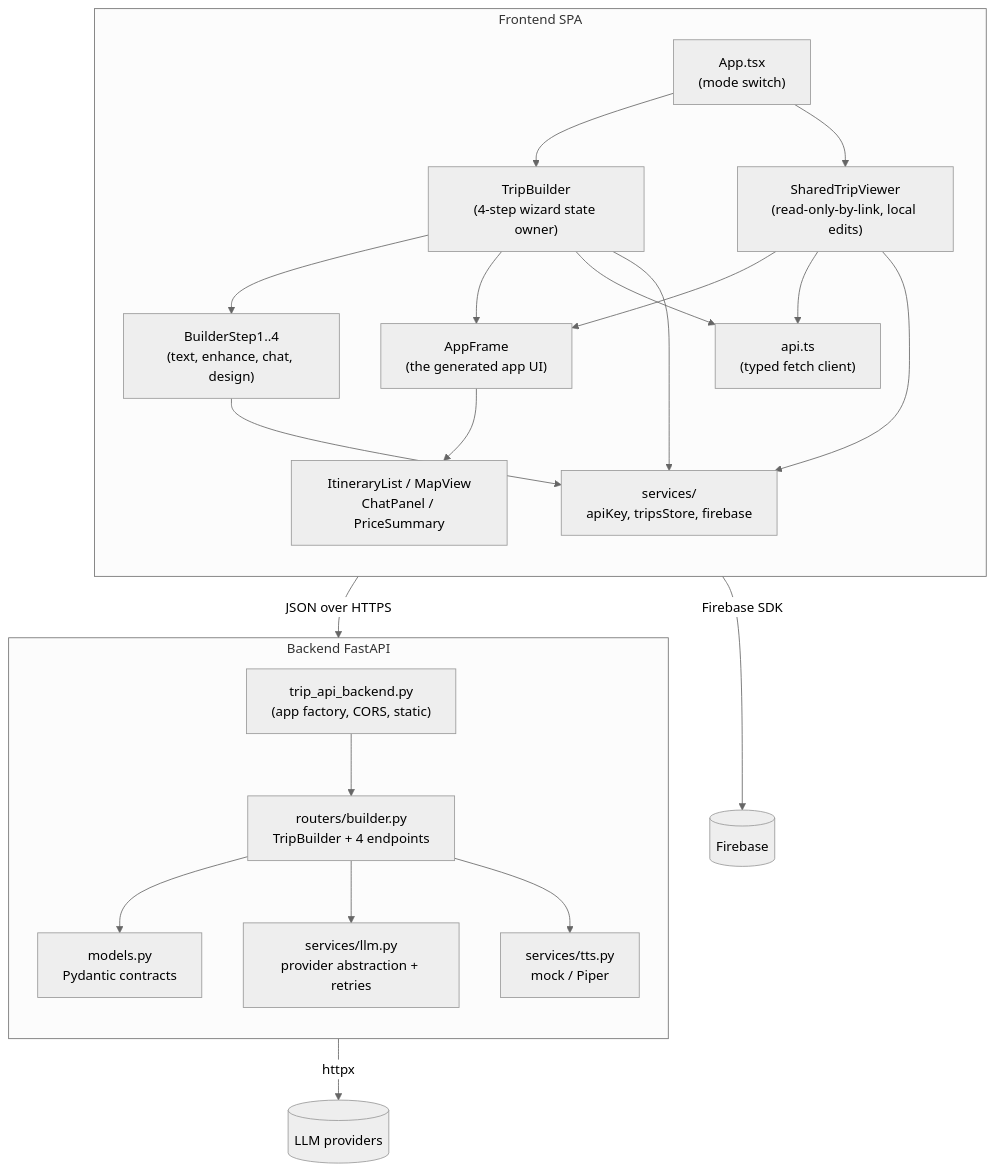
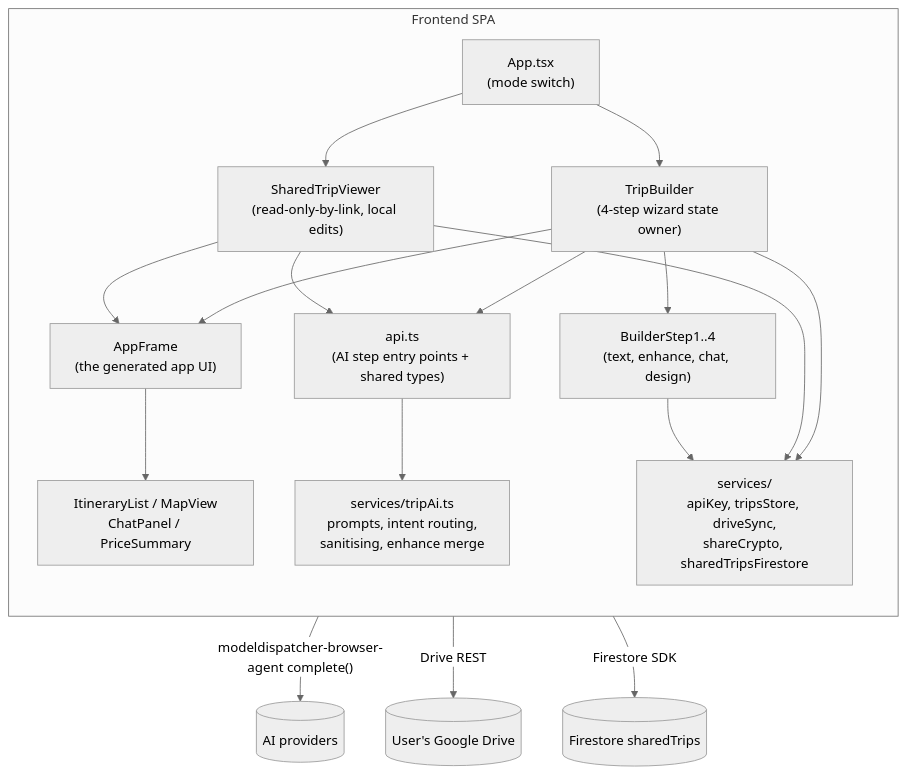
Before and after one commit to joka-7/AppMyTrip: the second of 5 diagrams in docs/HLD.md, drawn with Mermaid (neutral theme). The commit also changed other lines of this file and 170 other files, not shown here.

First line of the commit message:
feat!: keep trips on the device and in the user's Drive, add an Android app (#155)

````diff
--- a/docs/HLD.md
+++ b/docs/HLD.md
@@ -78,39 +75,27 @@
 ```mermaid
 flowchart TB
     subgraph FE [Frontend SPA]
         direction TB
         AppRoot["App.tsx\n(mode switch)"]
         TB["TripBuilder\n(4-step wizard state owner)"]
         STV["SharedTripViewer\n(read-only-by-link, local edits)"]
         Steps["BuilderStep1..4\n(text, enhance, chat, design)"]
         Frame["AppFrame\n(the generated app UI)"]
         subViews["ItineraryList / MapView\nChatPanel / PriceSummary"]
-        ApiClient["api.ts\n(typed fetch client)"]
-        Stores["services/\napiKey, tripsStore, firebase"]
+        ApiClient["api.ts\n(AI step entry points + shared types)"]
+        TripAi["services/tripAi.ts\nprompts, intent routing,\nsanitising, enhance merge"]
+        Stores["services/\napiKey, tripsStore, driveSync,\nshareCrypto, sharedTripsFirestore"]
 
         AppRoot --> TB --> Steps
         AppRoot --> STV
         TB --> Frame
         STV --> Frame
         Frame --> subViews
-        TB & STV --> ApiClient
+        TB & STV --> ApiClient --> TripAi
         TB & STV & Steps --> Stores
     end
 
-    subgraph BE [Backend FastAPI]
-        direction TB
-        Appf["trip_api_backend.py\n(app factory, CORS, static)"]
-        Router["routers/builder.py\nTripBuilder + 4 endpoints"]
-        Models["models.py\nPydantic contracts"]
-        LLMSvc["services/llm.py\nprovider abstraction + retries"]
-        TTSSvc["services/tts.py\nmock / Piper"]
-
-        Appf --> Router --> Models
-        Router --> LLMSvc
-        Router --> TTSSvc
-    end
-
-    ApiClient -->|JSON over HTTPS| Router
-    Stores -->|Firebase SDK| Firebase[(Firebase)]
-    LLMSvc -->|httpx| Providers[(LLM providers)]
+    TripAi -->|"modeldispatcher-browser-agent complete()"| Providers[(AI providers)]
+    Stores -->|Drive REST| Drive[(User's Google Drive)]
+    Stores -->|Firestore SDK| Firestore[(Firestore sharedTrips)]
 ```
````
